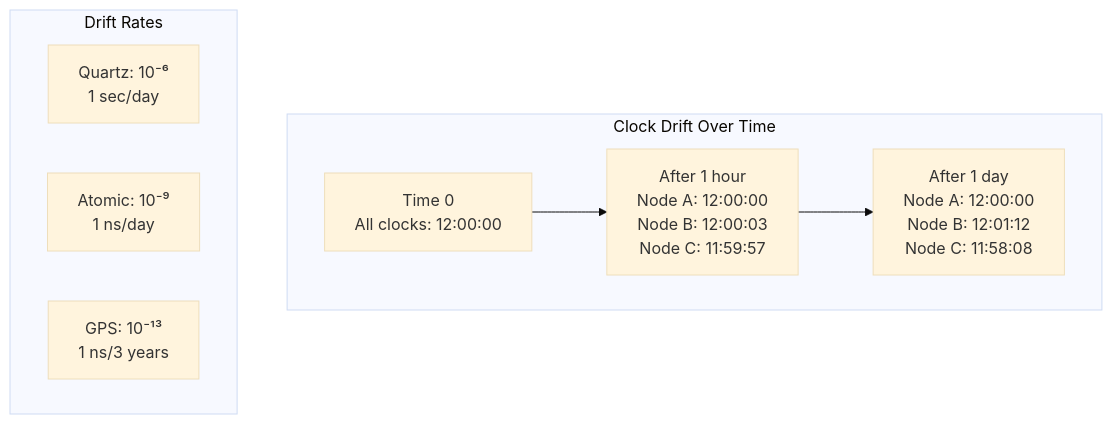
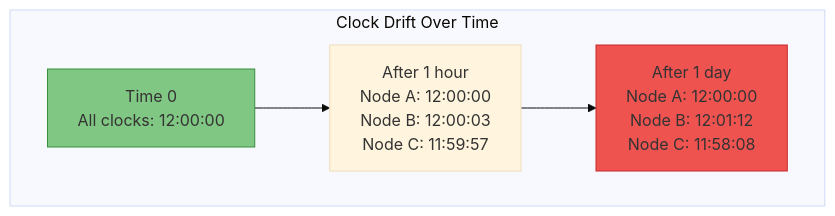
One commit to deepaucksharma/DStudio changed the first of 6 diagrams in docs/pattern-library/coordination/clock-sync.md. Above: the diagram before and after it, drawn with Mermaid (base theme). The commit also changed other lines of this file and 23 other files, not shown here.

````diff
--- a/docs/pattern-library/coordination/clock-sync.md
+++ b/docs/pattern-library/coordination/clock-sync.md
@@ -54,17 +85,14 @@
 ```mermaid
 graph TD
- subgraph "Clock Drift Over Time"
- T0[Time 0<br/>All clocks: 12:00:00]
- T1[After 1 hour<br/>Node A: 12:00:00<br/>Node B: 12:00:03<br/>Node C: 11:59:57]
- T2[After 1 day<br/>Node A: 12:00:00<br/>Node B: 12:01:12<br/>Node C: 11:58:08]
- 
- T0 --> T1
- T1 --> T2
- end
- 
- subgraph "Drift Rates"
- Q[Quartz: 10⁻⁶<br/>1 sec/day]
- A[Atomic: 10⁻⁹<br/>1 ns/day]
- G[GPS: 10⁻¹³<br/>1 ns/3 years]
- end
+    subgraph "Clock Drift Over Time"
+        T0[Time 0<br/>All clocks: 12:00:00]
+        T1[After 1 hour<br/>Node A: 12:00:00<br/>Node B: 12:00:03<br/>Node C: 11:59:57]
+        T2[After 1 day<br/>Node A: 12:00:00<br/>Node B: 12:01:12<br/>Node C: 11:58:08]
+        
+        T0 --> T1
+        T1 --> T2
+    end
+    
+    style T0 fill:#81c784,stroke:#388e3c
+    style T2 fill:#ef5350,stroke:#c62828
 ```
````
